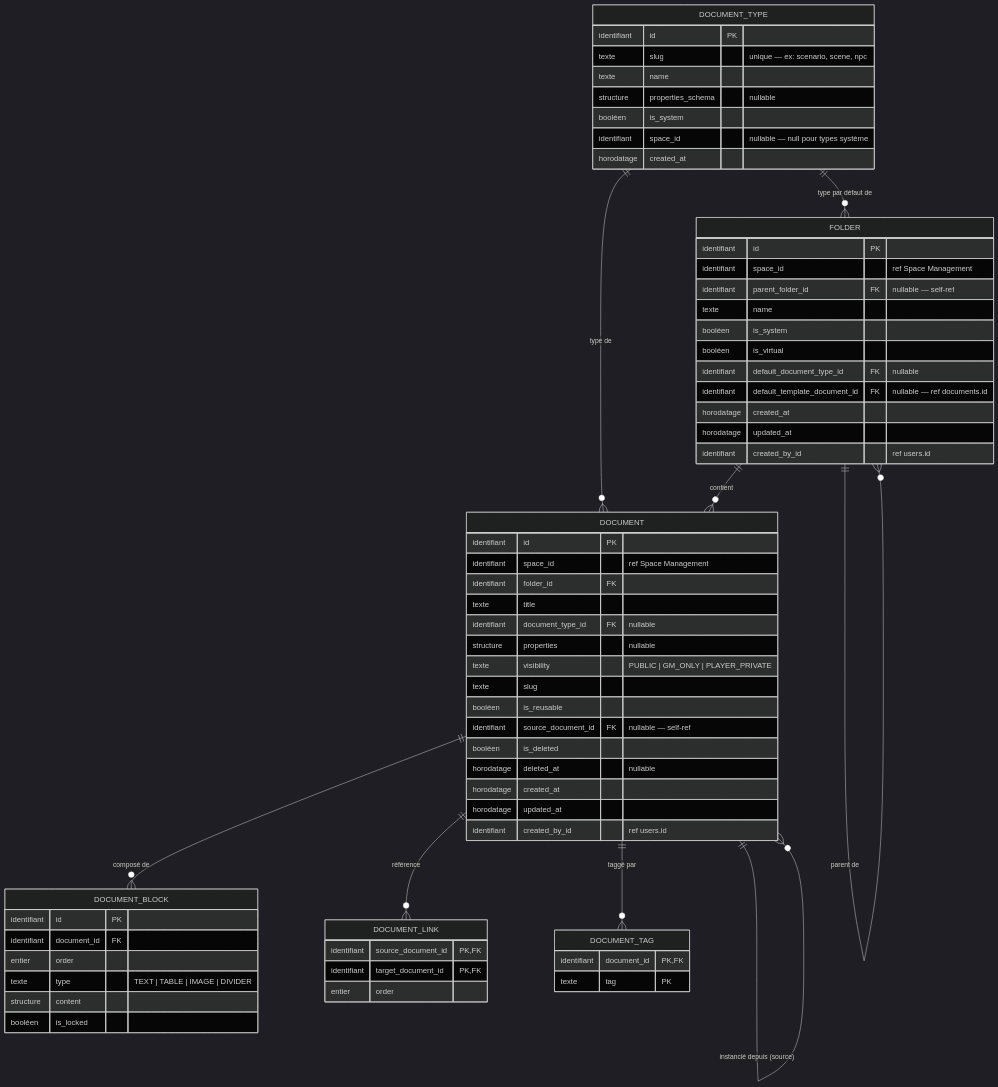
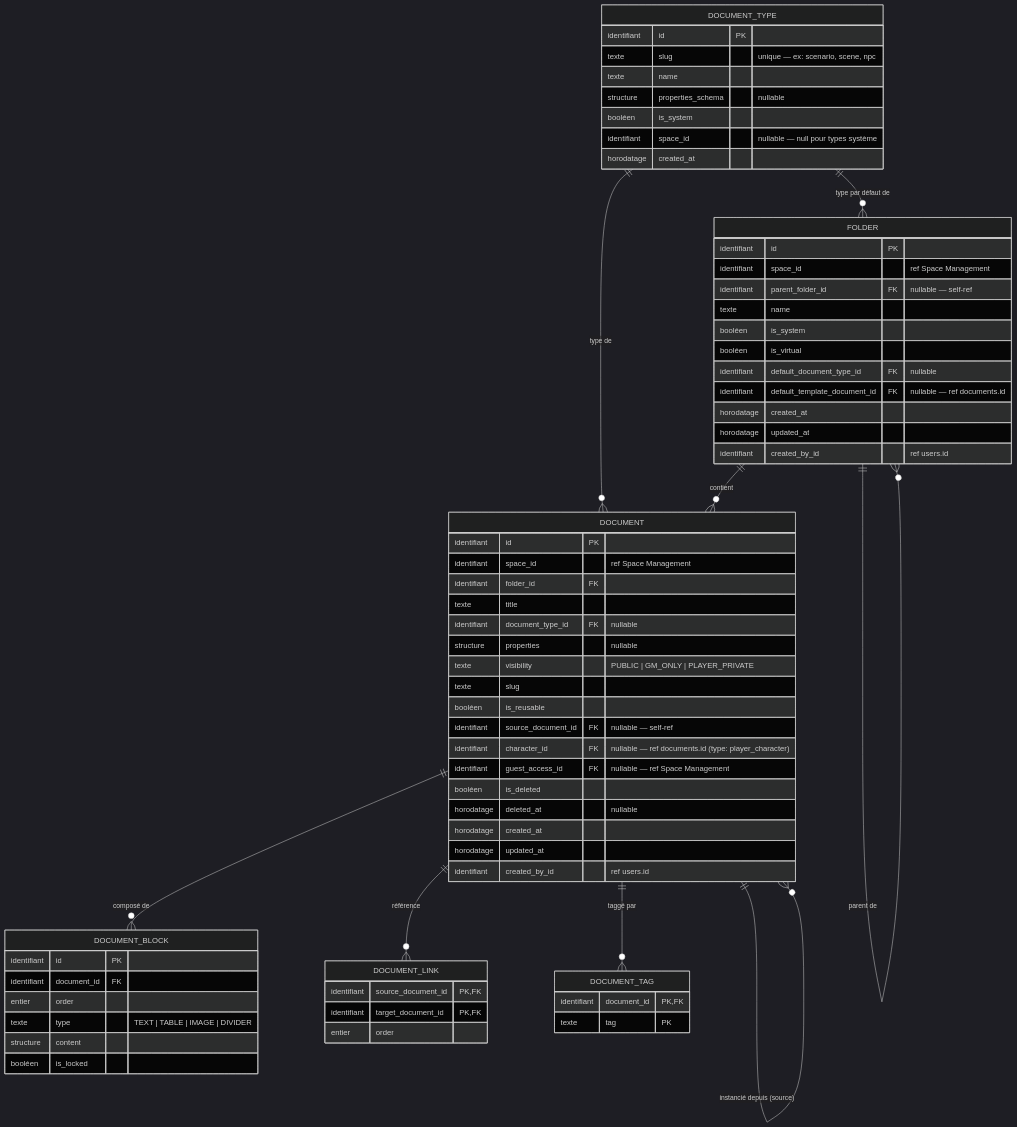
The diagram in docs/conception/domain/diagrams/mcd/content-library.md (2025-10-CDA-ECO-P6/PM-micro-saas), drawn with Mermaid (dark theme) before and after one commit. The commit also changed 68 other files, not shown here.

````diff
--- a/docs/conception/domain/diagrams/mcd/content-library.md
+++ b/docs/conception/domain/diagrams/mcd/content-library.md
@@ -3,73 +3,75 @@
 ```mermaid
 erDiagram
     FOLDER {
         identifiant id PK
         identifiant space_id "ref Space Management"
         identifiant parent_folder_id FK "nullable — self-ref"
         texte name
         booléen is_system
         booléen is_virtual
         identifiant default_document_type_id FK "nullable"
         identifiant default_template_document_id FK "nullable — ref documents.id"
         horodatage created_at
         horodatage updated_at
         identifiant created_by_id "ref users.id"
     }
 
     DOCUMENT_TYPE {
         identifiant id PK
         texte slug "unique — ex: scenario, scene, npc"
         texte name
         structure properties_schema "nullable"
         booléen is_system
         identifiant space_id "nullable — null pour types système"
         horodatage created_at
     }
 
     DOCUMENT {
         identifiant id PK
         identifiant space_id "ref Space Management"
         identifiant folder_id FK
         texte title
         identifiant document_type_id FK "nullable"
         structure properties "nullable"
         texte visibility "PUBLIC | GM_ONLY | PLAYER_PRIVATE"
         texte slug
         booléen is_reusable
         identifiant source_document_id FK "nullable — self-ref"
+        identifiant character_id FK "nullable — ref documents.id (type: player_character)"
+        identifiant guest_access_id FK "nullable — ref Space Management"
         booléen is_deleted
         horodatage deleted_at "nullable"
         horodatage created_at
         horodatage updated_at
         identifiant created_by_id "ref users.id"
     }
 
     DOCUMENT_BLOCK {
         identifiant id PK
         identifiant document_id FK
         entier order
         texte type "TEXT | TABLE | IMAGE | DIVIDER"
         structure content
         booléen is_locked
     }
 
     DOCUMENT_LINK {
         identifiant source_document_id PK,FK
         identifiant target_document_id PK,FK
         entier order
     }
 
     DOCUMENT_TAG {
         identifiant document_id PK,FK
         texte tag PK
     }
 
     FOLDER ||--o{ DOCUMENT : "contient"
     FOLDER ||--o{ FOLDER : "parent de"
     DOCUMENT_TYPE ||--o{ DOCUMENT : "type de"
     DOCUMENT_TYPE ||--o{ FOLDER : "type par défaut de"
     DOCUMENT ||--o{ DOCUMENT_BLOCK : "composé de"
     DOCUMENT ||--o{ DOCUMENT_LINK : "référence"
     DOCUMENT ||--o{ DOCUMENT_TAG : "taggé par"
     DOCUMENT ||--o{ DOCUMENT : "instancié depuis (source)"
 ```
````
